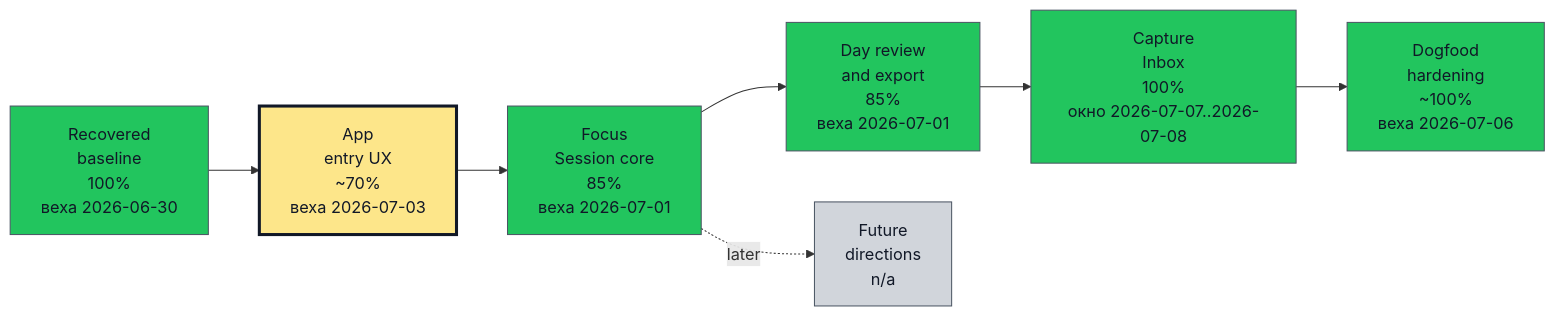
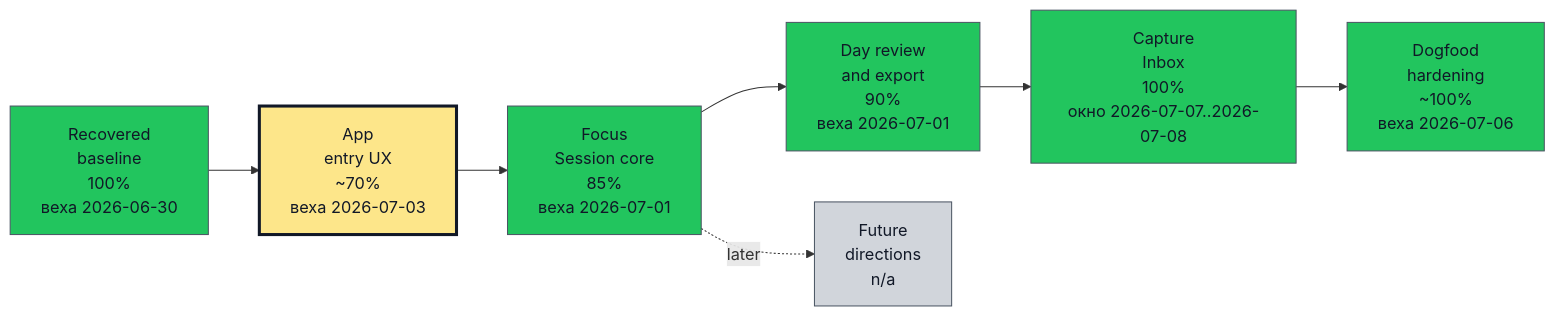
One commit to asukhodko/timeskein changed the first of 2 diagrams in docs/roadmap/opskarta.md. Above: the diagram before and after it, drawn with Mermaid. The commit also changed other lines of this file and 27 other files, not shown here.

Commit message:
Add post-dogfood correction flow

````diff
--- a/docs/roadmap/opskarta.md
+++ b/docs/roadmap/opskarta.md
@@ -19,35 +19,35 @@
 ```mermaid
 flowchart LR
 
     classDef exec_done fill:#22c55e,stroke:#4b5563,color:#111827,stroke-width:1px
     classDef exec_in_progress fill:#0ea5e9,stroke:#4b5563,color:#111827,stroke-width:1px
     classDef exec_blocked fill:#fecaca,stroke:#4b5563,color:#111827,stroke-width:1px
     classDef exec_not_started fill:#9ca3af,stroke:#4b5563,color:#111827,stroke-width:1px
     classDef exec_mgmt_green fill:#86efac,stroke:#4b5563,color:#111827,stroke-width:1px
     classDef exec_mgmt_yellow fill:#fde68a,stroke:#4b5563,color:#111827,stroke-width:1px
     classDef exec_mgmt_red fill:#fca5a5,stroke:#4b5563,color:#111827,stroke-width:1px
     classDef exec_mgmt_neutral fill:#d1d5db,stroke:#4b5563,color:#111827,stroke-width:1px
 
     recovered_baseline["Recovered<br/>baseline<br/>100%<br/>веха 2026-06-30"]
     class recovered_baseline exec_done
     app_entry_ux["App<br/>entry UX<br/>~70%<br/>веха 2026-07-03"]
     class app_entry_ux exec_mgmt_yellow
     style app_entry_ux stroke:#111827,stroke-width:3px
     focus_session_core["Focus<br/>Session core<br/>85%<br/>веха 2026-07-01"]
     class focus_session_core exec_done
-    day_review_export["Day review<br/>and export<br/>85%<br/>веха 2026-07-01"]
+    day_review_export["Day review<br/>and export<br/>90%<br/>веха 2026-07-01"]
     class day_review_export exec_done
     capture_inbox["Capture<br/>Inbox<br/>100%<br/>окно 2026-07-07..2026-07-08"]
     class capture_inbox exec_done
     dogfood_hardening["Dogfood<br/>hardening<br/>~100%<br/>веха 2026-07-06"]
     class dogfood_hardening exec_done
     future_directions["Future<br/>directions<br/>n/a"]
     class future_directions exec_mgmt_neutral
 
     recovered_baseline --> app_entry_ux
     app_entry_ux --> focus_session_core
     focus_session_core --> day_review_export
     day_review_export --> capture_inbox
     capture_inbox --> dogfood_hardening
     focus_session_core -. later .-> future_directions
 ```
````
